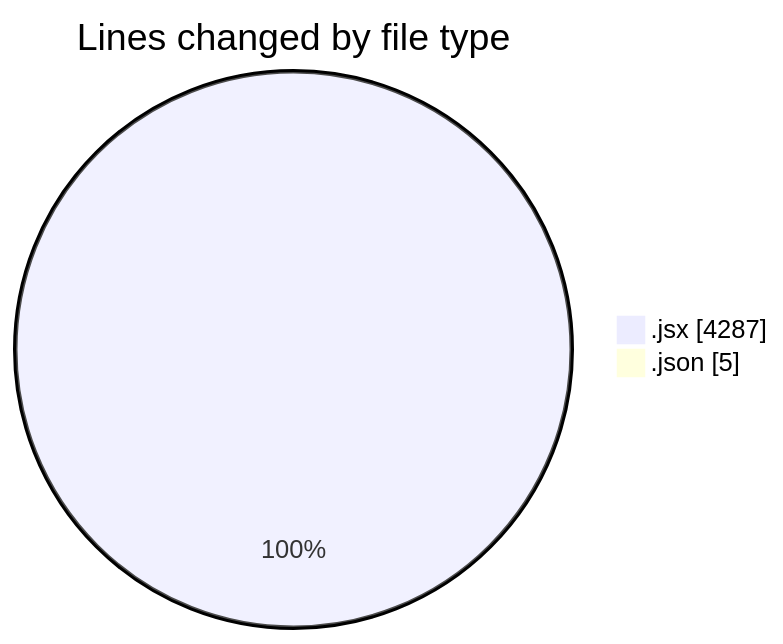
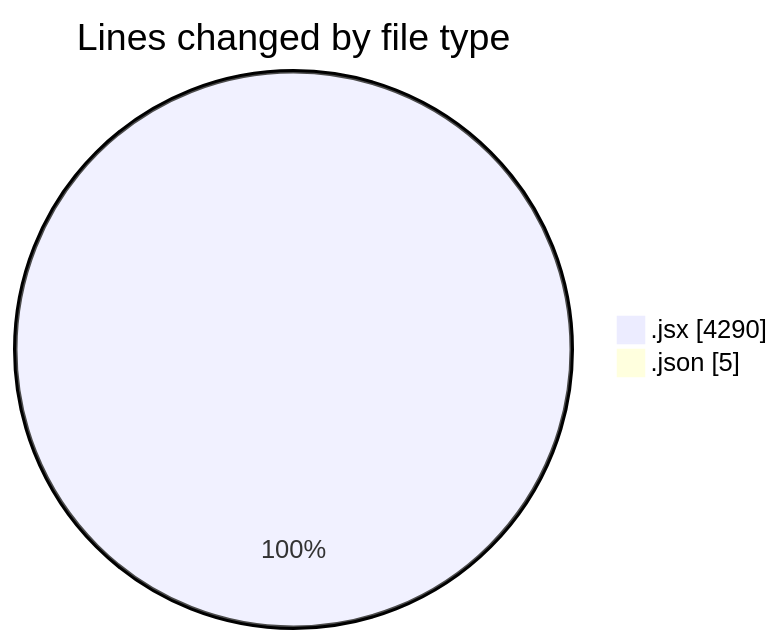
The first of 2 diagrams in 2025-11-18/nxtqube_webapp/README.md (nxtqubesakshisongat/code-tracking), drawn with Mermaid before and after one commit. The commit also changed other lines of this file and 1 other file, not shown here.

````diff
--- a/2025-11-18/nxtqube_webapp/README.md
+++ b/2025-11-18/nxtqube_webapp/README.md
@@ -25,6 +25,6 @@
 ```mermaid
 pie showData
 title Lines changed by file type
-".jsx" : 4287
+".jsx" : 4290
 ".json" : 5
 ```
````
